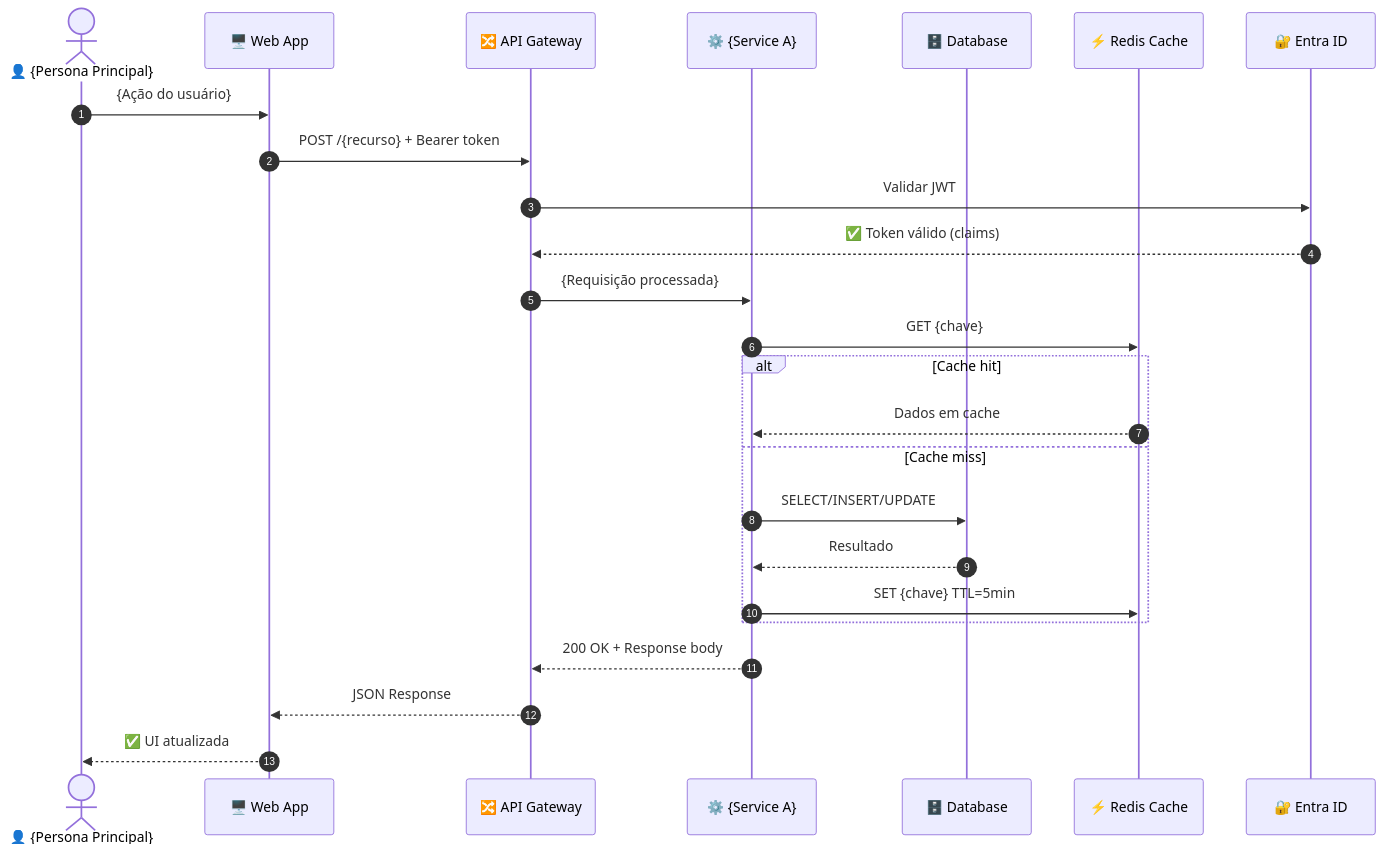
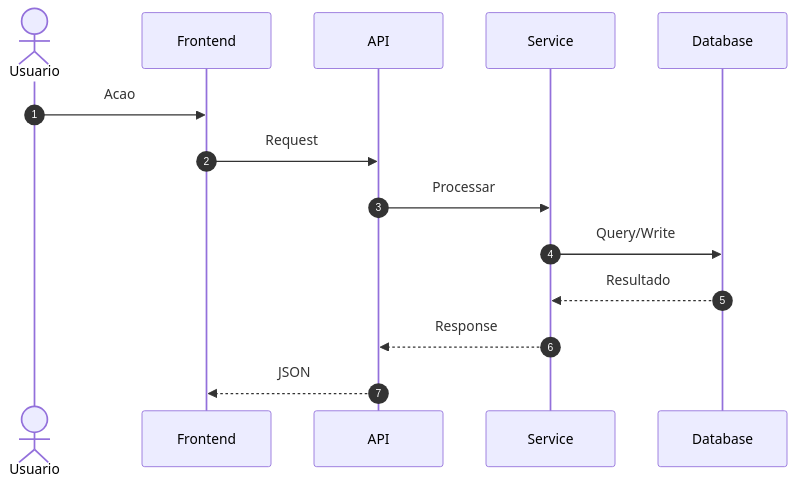
One commit to juliopessan/DPABB-Framework changed the seventh of 10 diagrams in templates/architect/architecture.md. Above: the diagram before and after it, drawn with Mermaid. The commit also changed other lines of this file and 16 other files, not shown here.

````diff
--- a/templates/architect/architecture.md
+++ b/templates/architect/architecture.md
@@ -324,30 +194,17 @@
 ```mermaid
 sequenceDiagram
   autonumber
-  actor U as 👤 {Persona Principal}
-  participant SPA as 🖥️ Web App
-  participant APIM as 🔀 API Gateway
-  participant SVC as ⚙️ {Service A}
-  participant DB as 🗄️ Database
-  participant CACHE as ⚡ Redis Cache
-  participant AAD as 🔐 Entra ID
+  actor U as Usuario
+  participant FE as Frontend
+  participant API as API
+  participant SVC as Service
+  participant DB as Database
 
-  U->>SPA: {Ação do usuário}
-  SPA->>APIM: POST /{recurso} + Bearer token
-  APIM->>AAD: Validar JWT
-  AAD-->>APIM: ✅ Token válido (claims)
-  APIM->>SVC: {Requisição processada}
-  
-  SVC->>CACHE: GET {chave}
-  alt Cache hit
-    CACHE-->>SVC: Dados em cache
-  else Cache miss
-    SVC->>DB: SELECT/INSERT/UPDATE
-    DB-->>SVC: Resultado
-    SVC->>CACHE: SET {chave} TTL=5min
-  end
-  
-  SVC-->>APIM: 200 OK + Response body
-  APIM-->>SPA: JSON Response
-  SPA-->>U: ✅ UI atualizada
+  U->>FE: Acao
+  FE->>API: Request
+  API->>SVC: Processar
+  SVC->>DB: Query/Write
+  DB-->>SVC: Resultado
+  SVC-->>API: Response
+  API-->>FE: JSON
 ```
````
